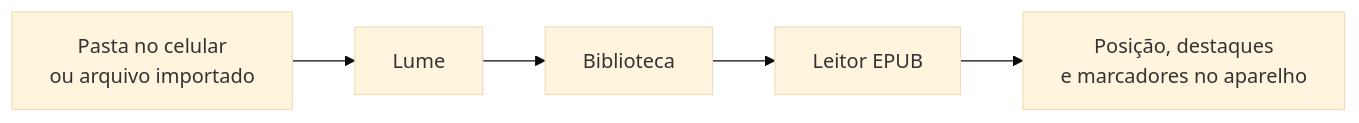
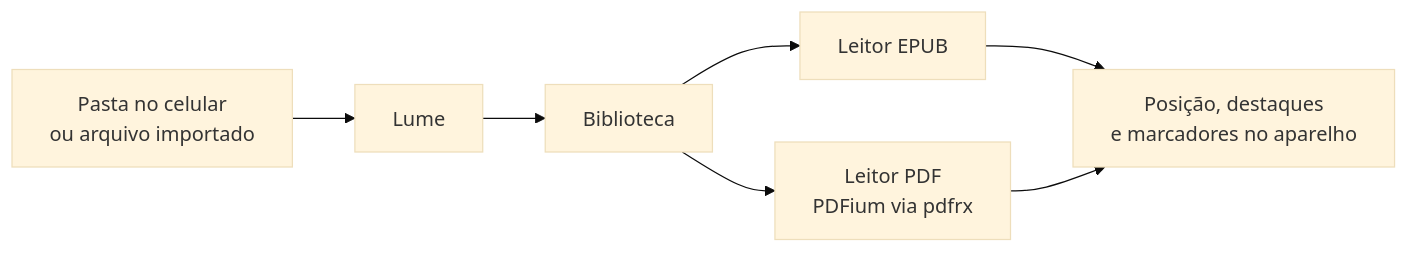
One commit to heliorosadoneto/lume changed the diagram in README.md. Above: the diagram before and after it, drawn with Mermaid (base theme). The commit also changed other lines of this file and 46 other files, not shown here.

First line of the commit message:
PDF no Lume (pdfrx/PDFium offline) e importação de pasta com subpastas

````diff
--- a/README.md
+++ b/README.md
@@ -77,7 +104,9 @@
 ```mermaid
 flowchart LR
   A[Pasta no celular<br>ou arquivo importado] --> B[Lume]
   B --> C[Biblioteca]
   C --> D[Leitor EPUB]
+  C --> P[Leitor PDF<br>PDFium via pdfrx]
   D --> E[Posição, destaques<br>e marcadores no aparelho]
+  P --> E
 ```
````
